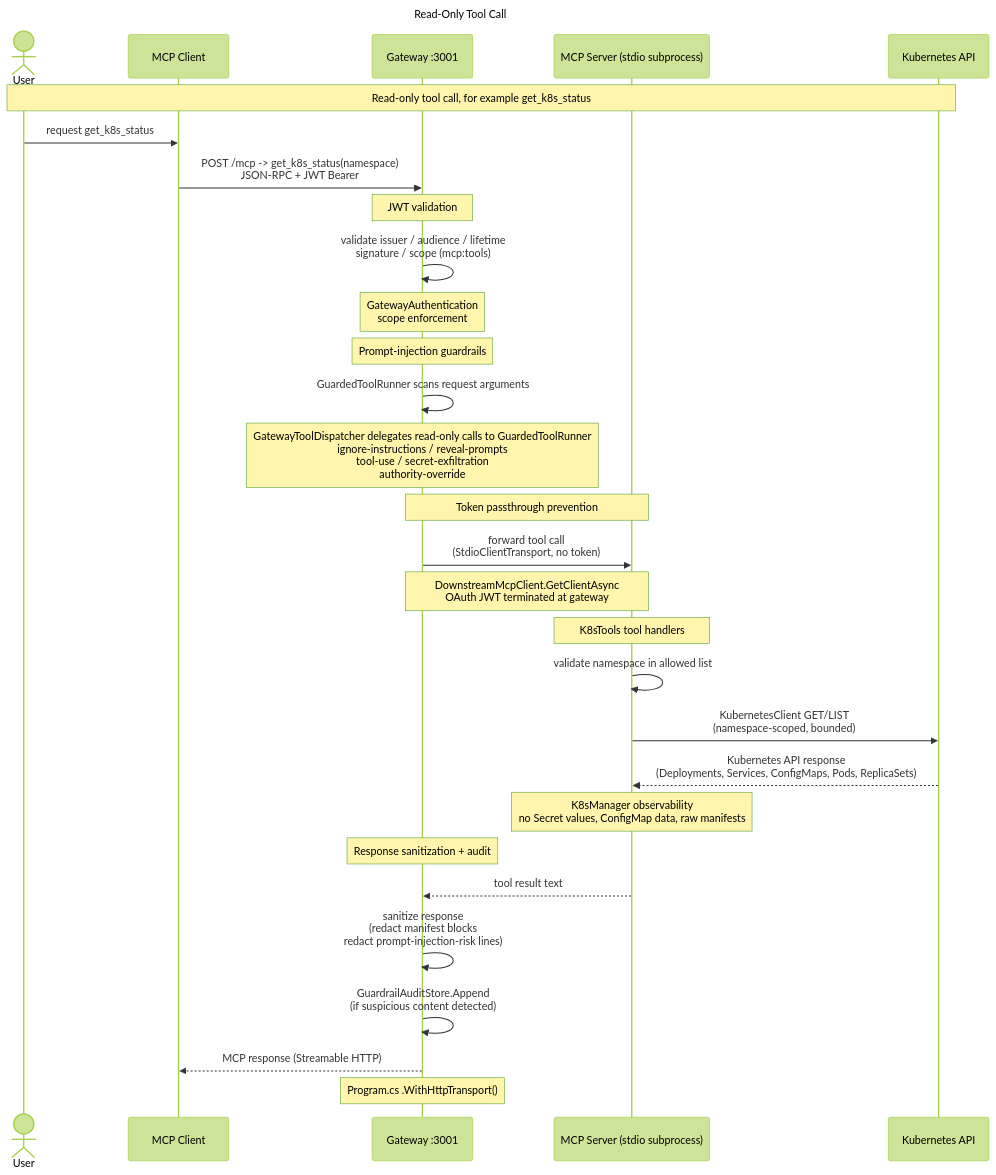
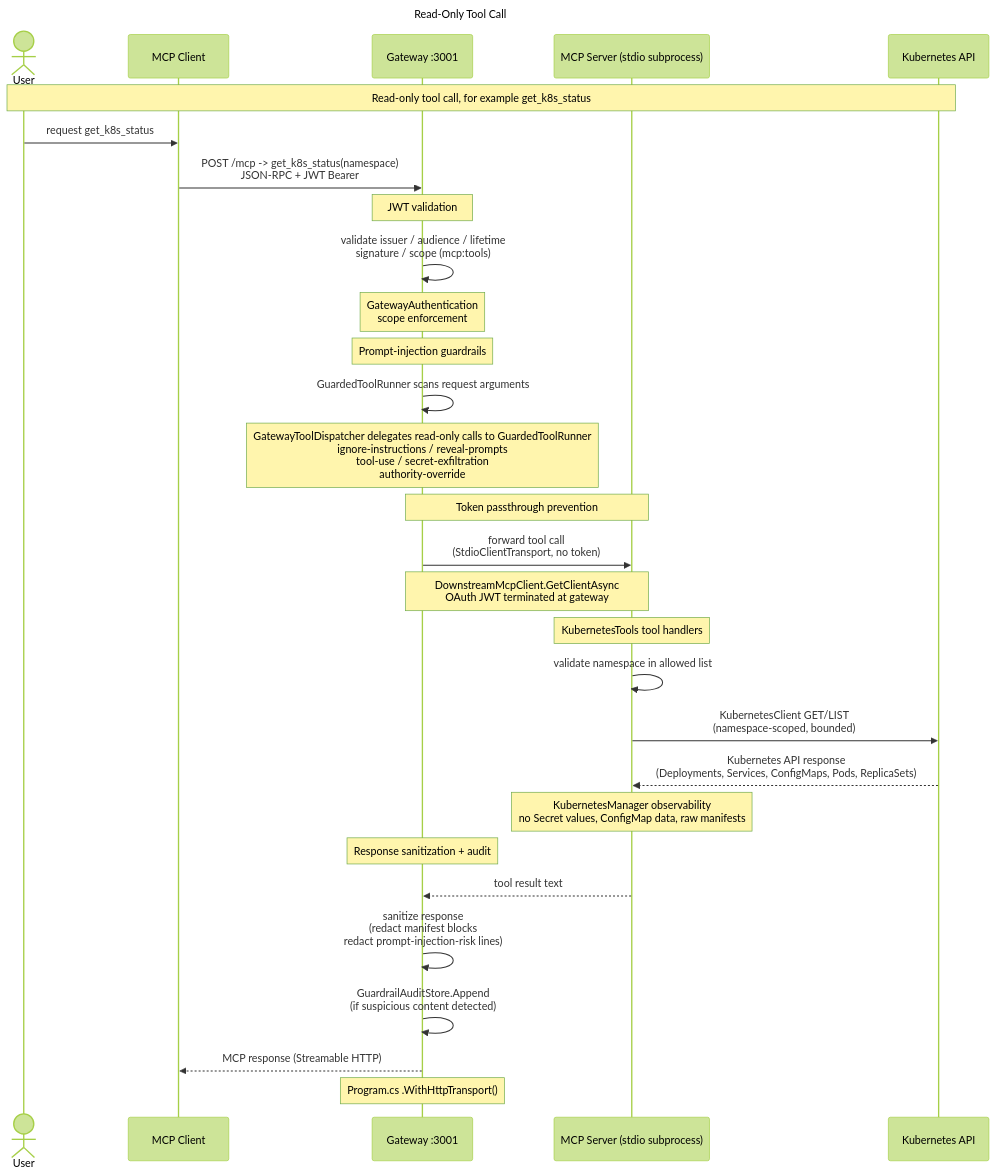
One commit to mirusser/Kubernetes-MCP-Guard changed the third of 7 diagrams in docs/architecture.md. Above: the diagram before and after it, drawn with Mermaid (forest theme). The commit also changed other lines of this file and 109 other files, not shown here.

````diff
--- a/docs/architecture.md
+++ b/docs/architecture.md
@@ -139,42 +139,42 @@
 ```mermaid
 ---
 title: Read-Only Tool Call
 ---
 sequenceDiagram
     actor User
     participant Client as MCP Client
     participant GW as Gateway :3001
     participant Svr as MCP Server (stdio subprocess)
     participant K8s as Kubernetes API
 
     Note over User,K8s: Read-only tool call, for example get_k8s_status
 
     User->>Client: request get_k8s_status
     Client->>GW: POST /mcp -> get_k8s_status(namespace)<br/>JSON-RPC + JWT Bearer
 
     Note over GW: JWT validation
     GW->>GW: validate issuer / audience / lifetime<br/>signature / scope (mcp:tools)
     Note over GW: GatewayAuthentication<br/>scope enforcement
 
     Note over GW: Prompt-injection guardrails
     GW->>GW: GuardedToolRunner scans request arguments
     Note over GW: GatewayToolDispatcher delegates read-only calls to GuardedToolRunner<br/>ignore-instructions / reveal-prompts<br/>tool-use / secret-exfiltration<br/>authority-override
 
     Note over GW,Svr: Token passthrough prevention
     GW->>Svr: forward tool call<br/>(StdioClientTransport, no token)
     Note over GW,Svr: DownstreamMcpClient.GetClientAsync<br/>OAuth JWT terminated at gateway
 
-    Note over Svr: K8sTools tool handlers
+    Note over Svr: KubernetesTools tool handlers
     Svr->>Svr: validate namespace in allowed list
     Svr->>K8s: KubernetesClient GET/LIST<br/>(namespace-scoped, bounded)
     K8s-->>Svr: Kubernetes API response<br/>(Deployments, Services, ConfigMaps, Pods, ReplicaSets)
-    Note over Svr: K8sManager observability<br/>no Secret values, ConfigMap data, raw manifests
+    Note over Svr: KubernetesManager observability<br/>no Secret values, ConfigMap data, raw manifests
 
     Note over GW: Response sanitization + audit
     Svr-->>GW: tool result text
     GW->>GW: sanitize response<br/>(redact manifest blocks<br/>redact prompt-injection-risk lines)
     GW->>GW: GuardrailAuditStore.Append<br/>(if suspicious content detected)
 
     GW-->>Client: MCP response (Streamable HTTP)
     Note over GW: Program.cs .WithHttpTransport()
 ```
````
